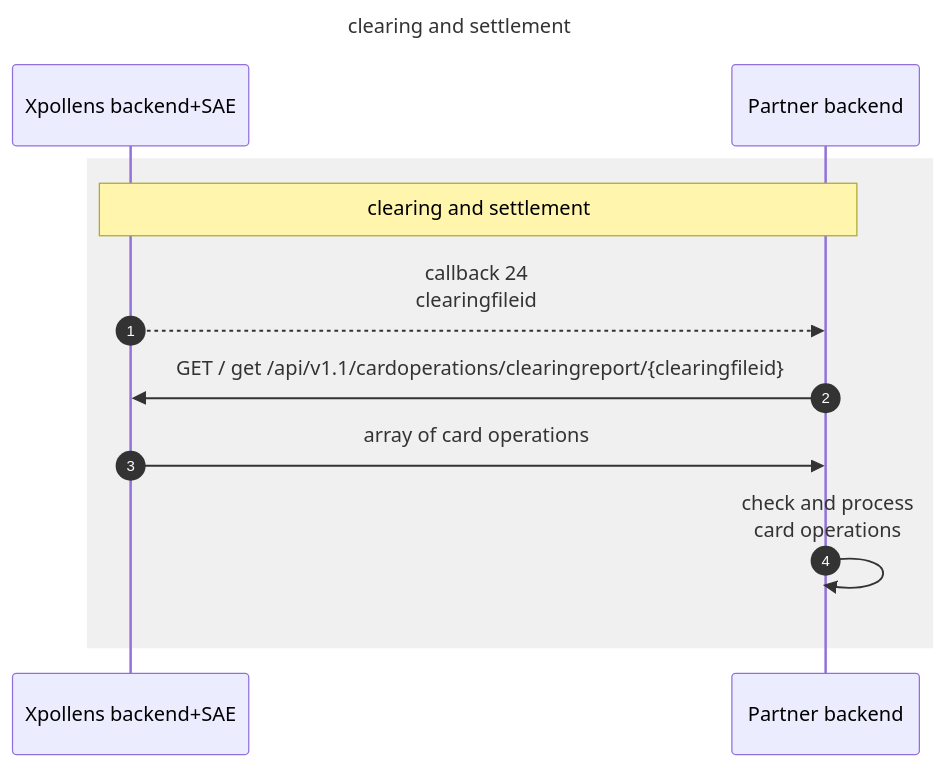
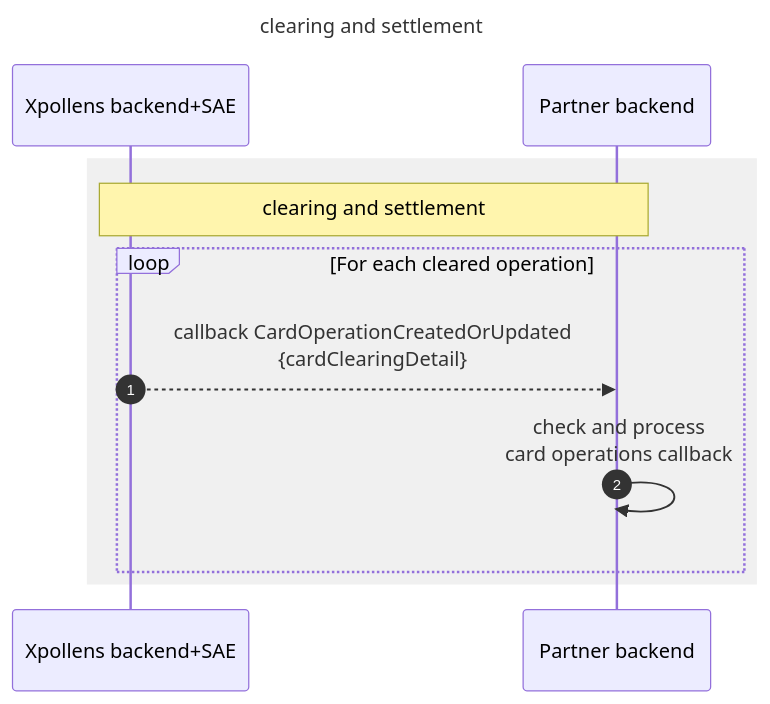
Before and after one commit to pomme-clic/s-money-documentation: the first of 2 diagrams in docs/usecases/cards/operations/CardsOperationsClearing.md, drawn with Mermaid. The commit also changed other lines of this file, not shown here.

````diff
--- a/docs/usecases/cards/operations/CardsOperationsClearing.md
+++ b/docs/usecases/cards/operations/CardsOperationsClearing.md
@@ -14,17 +19,18 @@
 ```mermaid
 sequenceDiagram
 title: clearing and settlement
 autonumber
 #participant u as User
 #participant t as TPE
 participant xb as Xpollens backend+SAE
 participant pb as Partner backend
 #participant ua as Partner application
 rect rgb(240,240, 240)
-		Note over xb,pb: clearing and settlement
-		xb -->> pb: callback 24<br/>clearingfileid
-		pb ->> xb: GET /  get /api/v1.1/cardoperations/clearingreport/{clearingfileid} 
-		xb ->> pb: array of card operations
-		pb ->> pb: check and process<br/>card operations
+
+        Note over xb,pb: clearing and settlement
+                loop For each cleared operation
+        xb -->> pb: callback CardOperationCreatedOrUpdated<br/>{cardClearingDetail}
+        pb ->> pb: check and process<br/>card operations callback
+        end
 end
 ```
````
